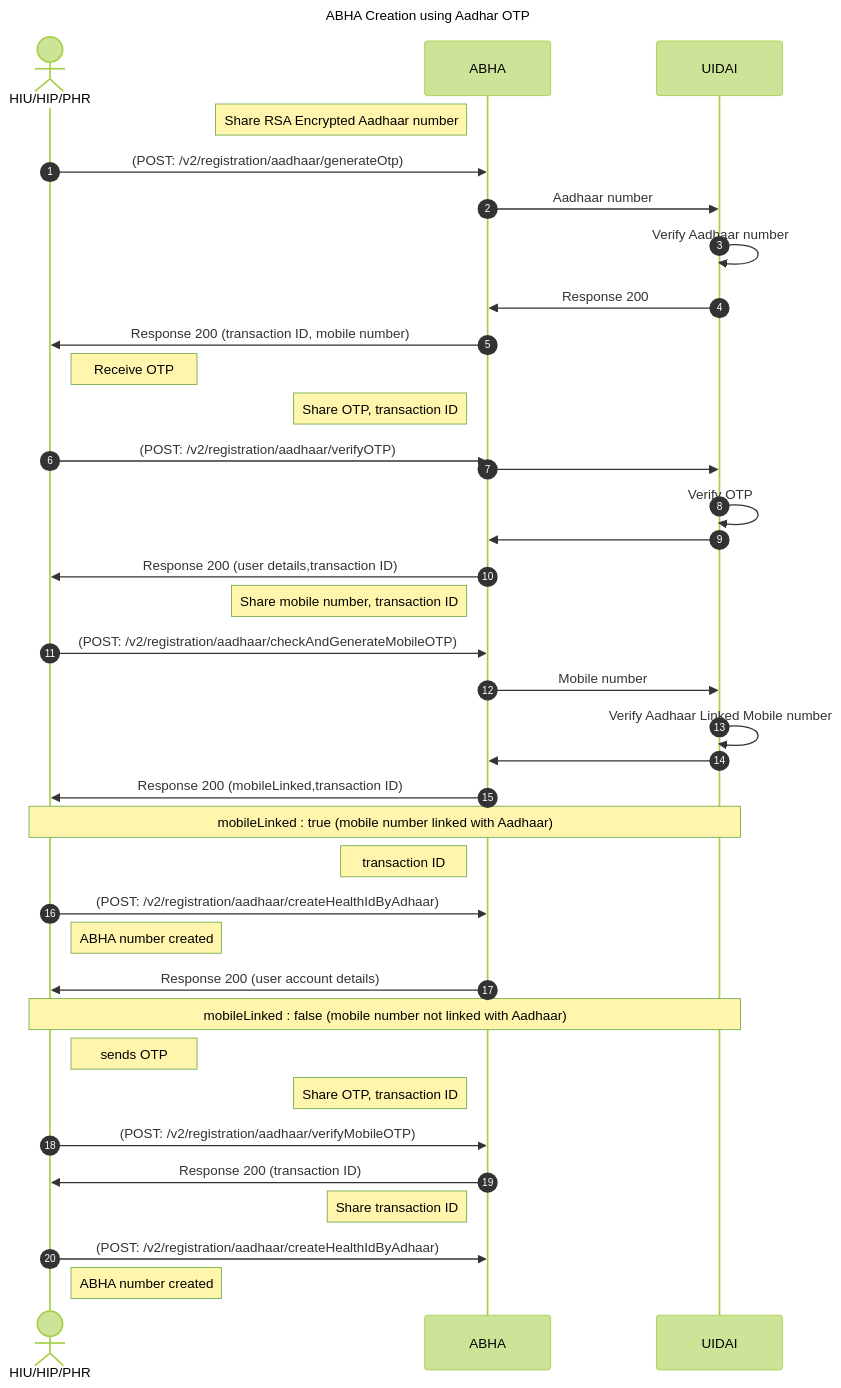
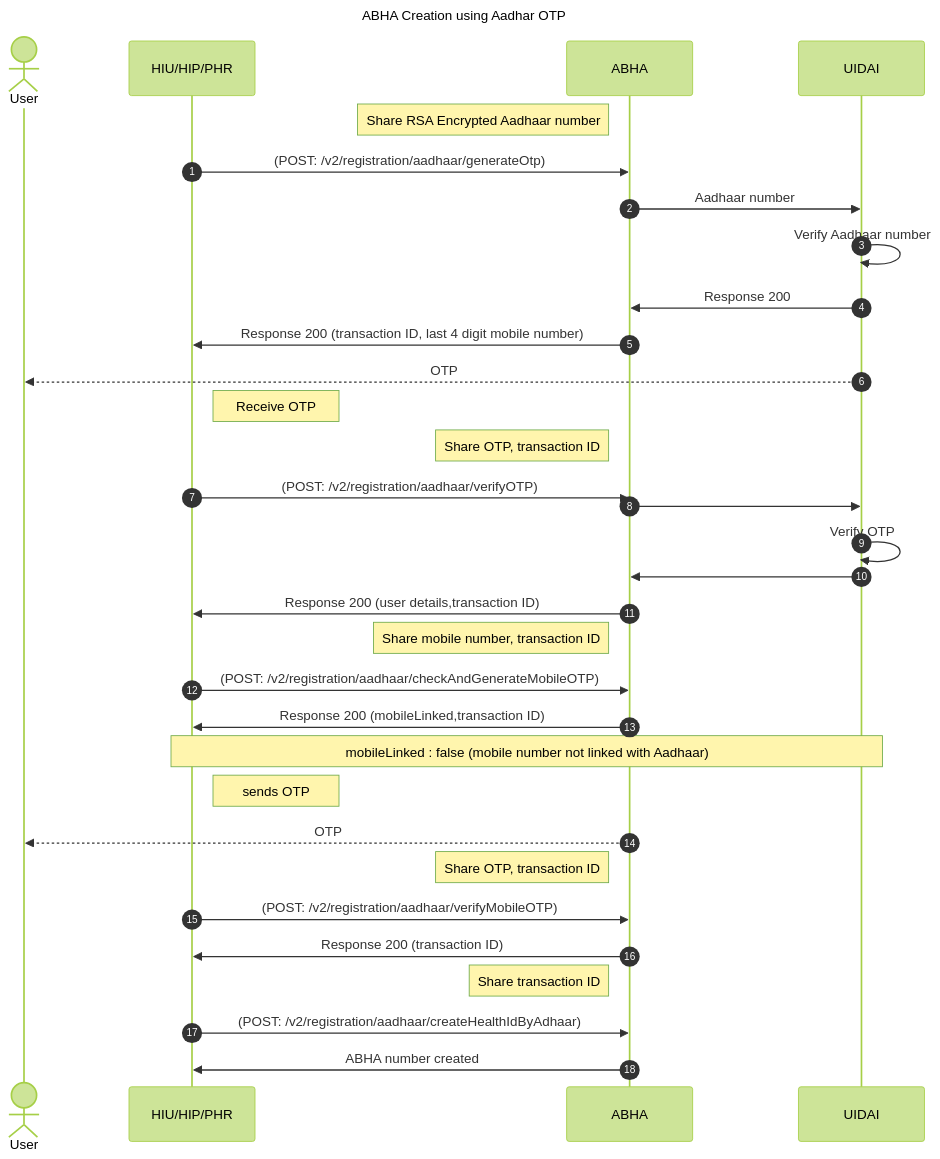
One commit to kiranma72/abdm-docs changed the second of 3 diagrams in content/2-milestone1/abha-number/aadhar-otp.md. Above: the diagram before and after it, drawn with Mermaid (forest theme). The commit also changed other lines of this file and 1 other file, not shown here.

```diff
--- a/content/2-milestone1/abha-number/aadhar-otp.md
+++ b/content/2-milestone1/abha-number/aadhar-otp.md
@@ -81,38 +114,33 @@
 {{< mermaid >}}
 %%{init:{"fontSize": "1.0rem", "sequence":{"showSequenceNumbers":true}}}%%
 sequenceDiagram
 title ABHA Creation using Aadhar OTP
-actor HIU/HIP/PHR
+actor User
+participant HIU/HIP/PHR
 Note left of ABHA: Share RSA Encrypted Aadhaar number
 HIU/HIP/PHR->>ABHA: (POST: /v2/registration/aadhaar/generateOtp)
 ABHA->>UIDAI: Aadhaar number
 UIDAI->>UIDAI:Verify Aadhaar number
 UIDAI->>ABHA: Response 200
-ABHA->>HIU/HIP/PHR: Response 200 (transaction ID, mobile number)
+ABHA->>HIU/HIP/PHR: Response 200 (transaction ID, last 4 digit mobile number)
+UIDAI-->>User: OTP
 Note right of HIU/HIP/PHR:Receive OTP
 Note left of ABHA: Share OTP, transaction ID
 HIU/HIP/PHR->>ABHA: (POST: /v2/registration/aadhaar/verifyOTP)
 ABHA->>UIDAI: 
 UIDAI->>UIDAI:Verify OTP
 UIDAI->>ABHA: 
 ABHA->>HIU/HIP/PHR: Response 200 (user details,transaction ID)
 Note left of ABHA: Share mobile number, transaction ID
 HIU/HIP/PHR->>ABHA: (POST: /v2/registration/aadhaar/checkAndGenerateMobileOTP)
-ABHA->>UIDAI: Mobile number
-UIDAI->>UIDAI:Verify Aadhaar Linked Mobile number
-UIDAI->>ABHA: 
 ABHA->>HIU/HIP/PHR: Response 200 (mobileLinked,transaction ID)
-Note over HIU/HIP/PHR,UIDAI: mobileLinked : true (mobile number linked with Aadhaar)
-Note left of ABHA: transaction ID
-HIU/HIP/PHR->>ABHA: (POST: /v2/registration/aadhaar/createHealthIdByAdhaar)
-Note right of HIU/HIP/PHR: ABHA number created
-ABHA->>HIU/HIP/PHR: Response 200 (user account details)
 Note over HIU/HIP/PHR,UIDAI: mobileLinked : false (mobile number not linked with Aadhaar)
 Note right of HIU/HIP/PHR: sends OTP
+ABHA-->>User: OTP
 Note left of ABHA: Share OTP, transaction ID
 HIU/HIP/PHR->>ABHA: (POST: /v2/registration/aadhaar/verifyMobileOTP)
 ABHA->>HIU/HIP/PHR: Response 200 (transaction ID)
 Note left of ABHA: Share transaction ID
 HIU/HIP/PHR->>ABHA: (POST: /v2/registration/aadhaar/createHealthIdByAdhaar)
-Note right of HIU/HIP/PHR: ABHA number created
+ABHA->>HIU/HIP/PHR:  ABHA number created
 {{< /mermaid >}}
```
